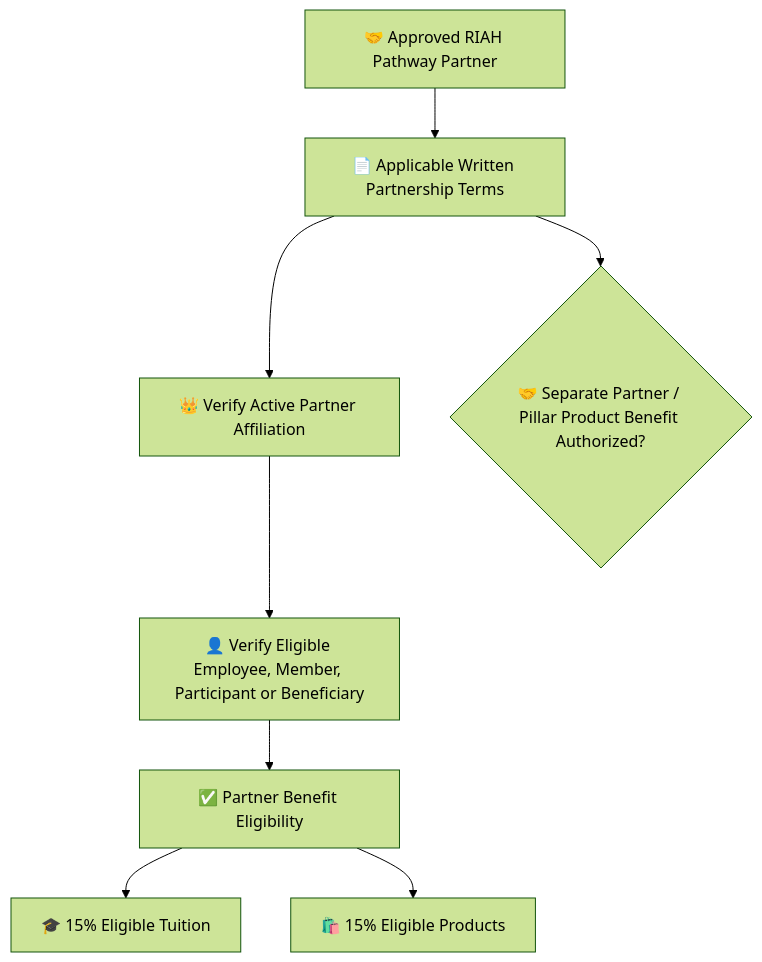
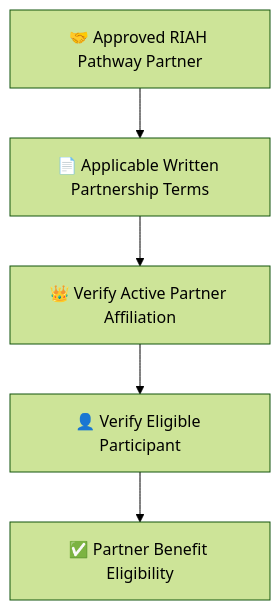
Before and after one commit to RIAHPathway/Website: the first of 3 diagrams in Contributor-Benefits/PARTNERS.md, drawn with Mermaid (forest theme). The commit also changed other lines of this file, not shown here.

Commit message:
Make granular Mermaid diagrams high-level and readable

````diff
--- a/Contributor-Benefits/PARTNERS.md
+++ b/Contributor-Benefits/PARTNERS.md
@@ -35,10 +35,7 @@
 ```mermaid
 flowchart TB
 A["🤝 Approved RIAH Pathway Partner"] --> B["📄 Applicable Written Partnership Terms"]
 B --> C["👑 Verify Active Partner Affiliation"]
-C --> D["👤 Verify Eligible Employee, Member, Participant or Beneficiary"]
+C --> D["👤 Verify Eligible Participant"]
 D --> E["✅ Partner Benefit Eligibility"]
-E --> F["🎓 15% Eligible Tuition"]
-E --> G["🛍️ 15% Eligible Products"]
-B --> H{"🤝 Separate Partner / Pillar Product Benefit Authorized?"}
 ```
````
